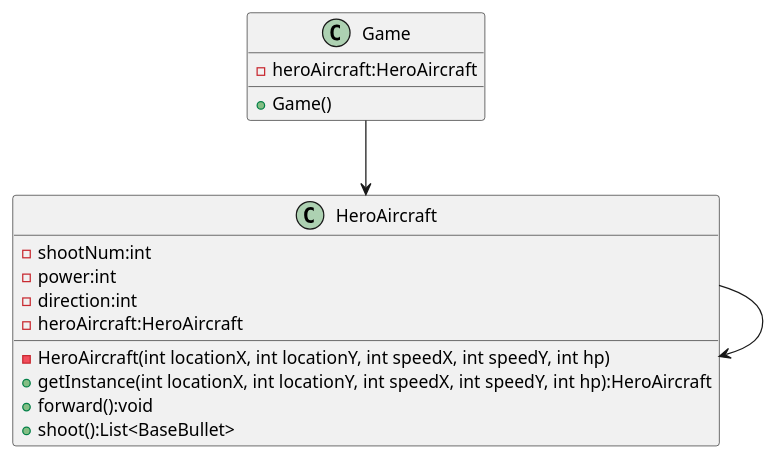
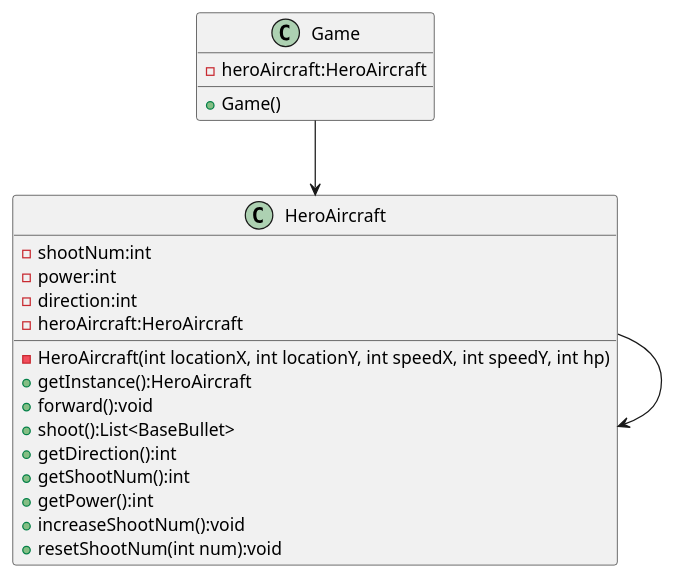
The diagram in uml/SingletonMode.puml (Neon850/AircraftWar-base), drawn with PlantUML before and after one commit. The commit also changed 34 other files, not shown here.

Commit message:
experiment progress：lab6，使用观察者模式处理炸弹道具，使用模板模式处理不同难度下的游戏玩法。其中，在“随着游戏时间增加，游戏难度提高”，我使用的是，根据每次消除一次boss机作为一个回合，增加一次难度。在火力道具中，我设计的是，在道具有效期内，每触碰一个新的火力道具，子弹数加1，有最大子弹数上限。最后就是根据重构的代码去更改以往实验中的所有uml类图。完结撒花！

```diff
--- a/uml/SingletonMode.puml
+++ b/uml/SingletonMode.puml
@@ -1,22 +1,28 @@
 @startuml
 'https://plantuml.com/class-diagram
 
 Game --> HeroAircraft
 HeroAircraft --> HeroAircraft
 
 class HeroAircraft {
     - shootNum:int
     - power:int
     - direction:int
     - heroAircraft:HeroAircraft
     - HeroAircraft(int locationX, int locationY, int speedX, int speedY, int hp)
-    + getInstance(int locationX, int locationY, int speedX, int speedY, int hp):HeroAircraft
+    + getInstance():HeroAircraft
     + forward():void
     + shoot():List<BaseBullet>
+    + getDirection():int
+    + getShootNum():int
+    + getPower():int
+    + increaseShootNum():void
+    + resetShootNum(int num):void
+
 }
 
 class Game{
     - heroAircraft:HeroAircraft
     + Game()
 }
 @enduml
```
